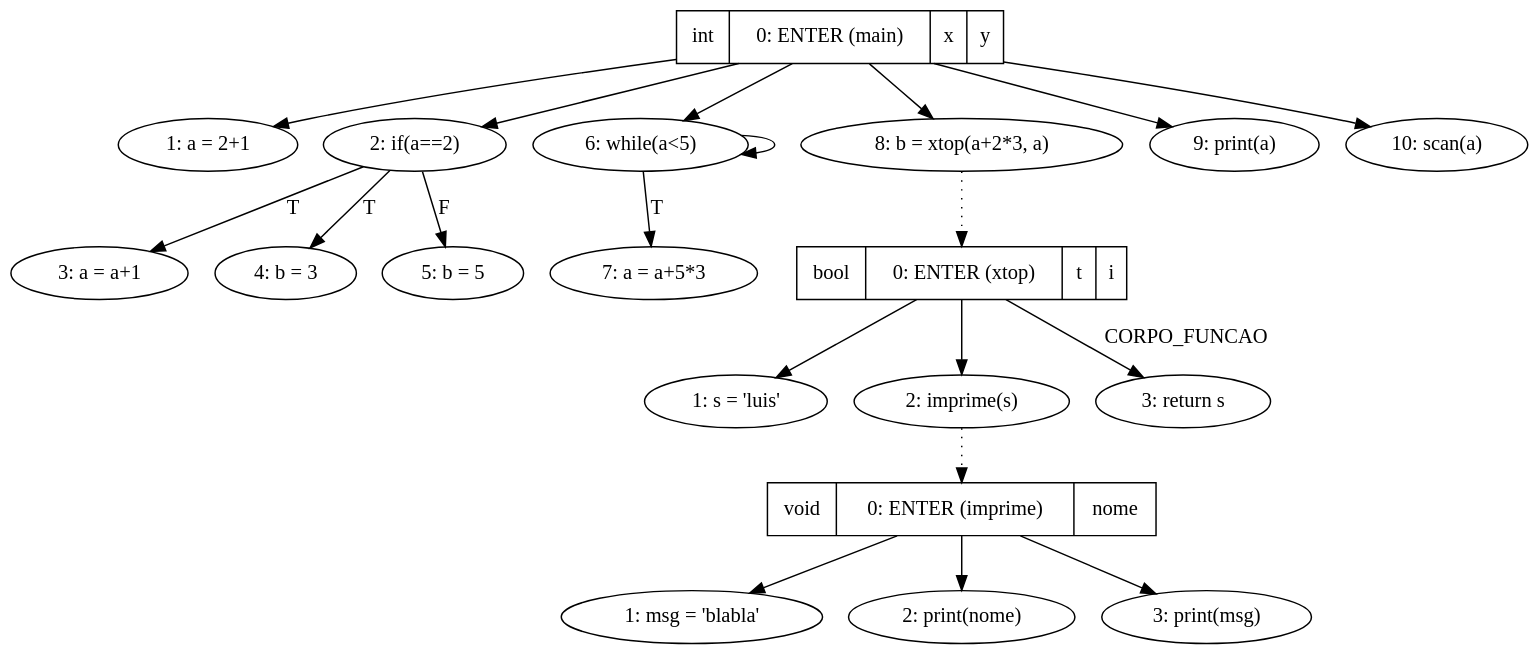
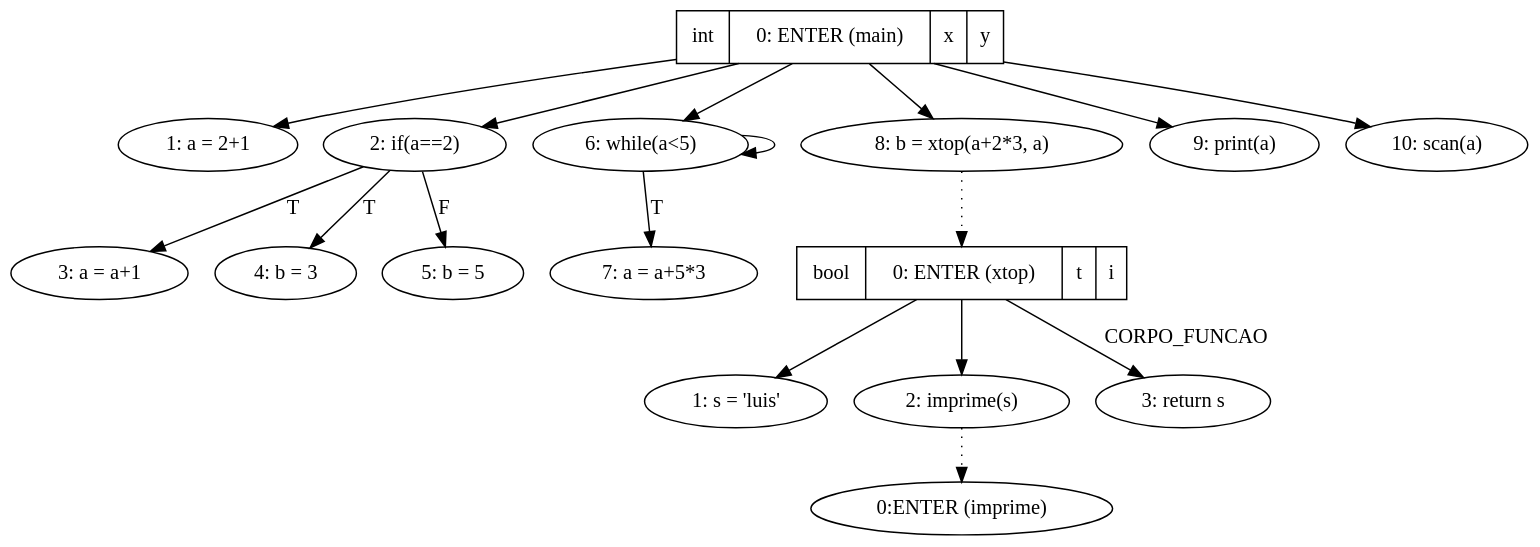
The diagram in ATS/Fichas/Cmb/WebSite/Gramatica/output/sdg.gv (MiguelCosta/EngenhariaDeLinguagens), drawn with Graphviz before and after one commit. The commit also changed 20 other files, not shown here.

```diff
--- a/ATS/Fichas/Cmb/WebSite/Gramatica/output/sdg.gv
+++ b/ATS/Fichas/Cmb/WebSite/Gramatica/output/sdg.gv
@@ -1,53 +1,42 @@
 digraph mainmapSDG {
 graph [bgcolor=transparent];
-"0:ENTER (imprime)"[shape=record, label="{{void|0: ENTER (imprime)|nome}}"];
-"1:msg = 'blabla'"[label="1: msg = 'blabla'"];
-"2:print(nome)"[label="2: print(nome)"];
-"3:print(msg)"[label="3: print(msg)"];
-
-
-"0:ENTER (imprime)" -> "1:msg = 'blabla'";
-	"0:ENTER (imprime)" -> "2:print(nome)";
-	"0:ENTER (imprime)" -> "3:print(msg)";
-	
-
 "0:ENTER (main)"[shape=record, label="{{int|0: ENTER (main)|x|y}}"];
 "1:a = 2+1"[label="1: a = 2+1"];
 "2:if(a==2)"[label="2: if(a==2)"];
 "3:a = a+1"[label="3: a = a+1"];
 "4:b = 3"[label="4: b = 3"];
 "5:b = 5"[label="5: b = 5"];
 "6:while(a<5)"[label="6: while(a<5)"];
 "7:a = a+5*3"[label="7: a = a+5*3"];
 "8:b = xtop(a+2*3, a)"[label="8: b = xtop(a+2*3, a)"];
 "9:print(a)"[label="9: print(a)"];
 "10:scan(a)"[label="10: scan(a)"];
 
 
 "0:ENTER (main)" -> "1:a = 2+1";
 	"0:ENTER (main)" -> "2:if(a==2)";
 	"0:ENTER (main)" -> "6:while(a<5)";
 	"0:ENTER (main)" -> "8:b = xtop(a+2*3, a)";
 	"0:ENTER (main)" -> "9:print(a)";
 	"0:ENTER (main)" -> "10:scan(a)";
 	"2:if(a==2)" -> "3:a = a+1"[label="T"];
 	"2:if(a==2)" -> "4:b = 3"[label="T"];
 	"2:if(a==2)" -> "5:b = 5"[label="F"];
 	"6:while(a<5)" -> "6:while(a<5)";
 	"6:while(a<5)" -> "7:a = a+5*3"[label="T"];
 	
 
 "8:b = xtop(a+2*3, a)" -> "0:ENTER (xtop)" [style=dotted];
 	"0:ENTER (xtop)"[shape=record, label="{{bool|0: ENTER (xtop)|t|i}}"];
 "1:s = 'luis'"[label="1: s = 'luis'"];
 "2:imprime(s)"[label="2: imprime(s)"];
 "3:return s"[label="3: return s"];
 
 
 "0:ENTER (xtop)" -> "1:s = 'luis'";
 	"0:ENTER (xtop)" -> "2:imprime(s)";
 	"0:ENTER (xtop)" -> "3:return s"[label="CORPO_FUNCAO"];
 	
 
 "2:imprime(s)" -> "0:ENTER (imprime)" [style=dotted];
 	}
```
